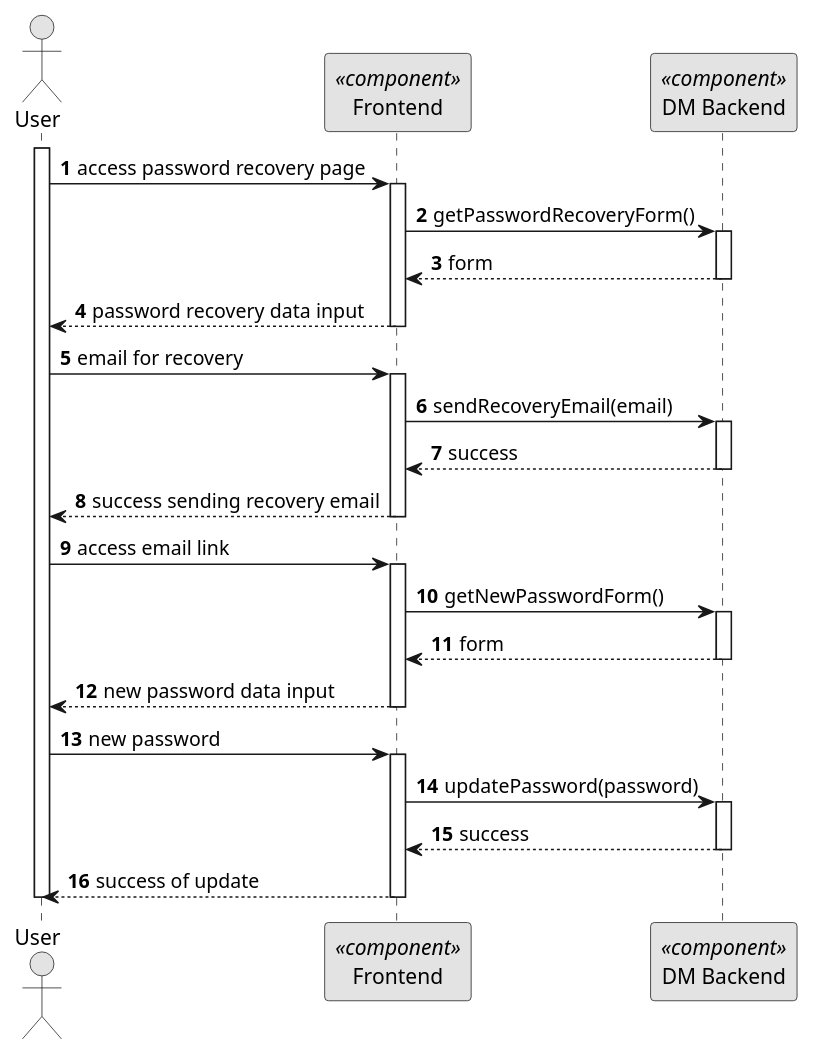
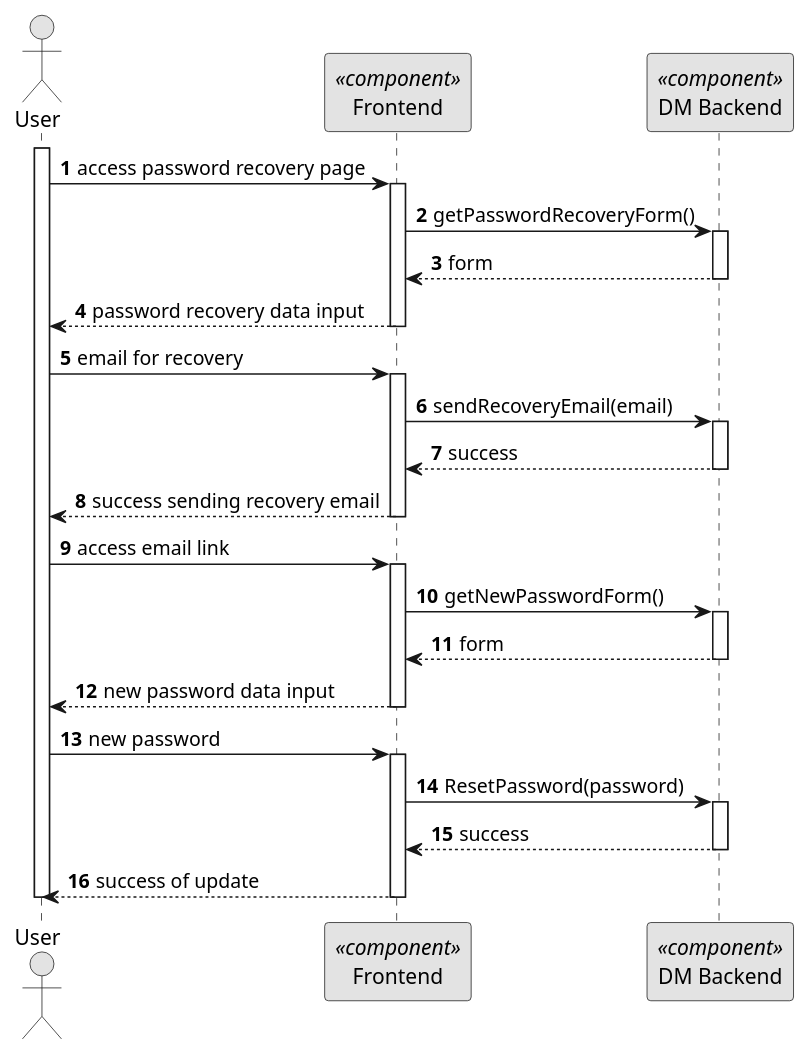
Before and after one commit to Ana-Miguel-Silva/SurgicalAppointmentAndResourceManagement: the diagram in docs/BackofficeModule/5.1.2/level_two.puml, drawn with PlantUML. The commit also changed 13 other files, not shown here.

```diff
--- a/docs/BackofficeModule/5.1.2/level_two.puml
+++ b/docs/BackofficeModule/5.1.2/level_two.puml
@@ -1,50 +1,50 @@
 @startuml 5.1.1
 skinparam monochrome true
 skinparam packageStyle rectangle
 skinparam shadowing false
 
 autonumber
 
 actor "User" as AD
 participant "Frontend" as FE <<component>>
 participant "DM Backend" as BE <<component>>
 
 
 
 activate AD
 AD -> FE: access password recovery page
 activate FE
 FE -> BE: getPasswordRecoveryForm()
 activate BE
 BE --> FE: form
 deactivate BE
 FE --> AD : password recovery data input
 deactivate FE
 AD -> FE : email for recovery
 activate FE
 FE -> BE : sendRecoveryEmail(email)
 activate BE
 BE --> FE: success
 deactivate BE
 FE --> AD : success sending recovery email
 deactivate FE
 AD -> FE: access email link
 activate FE
 FE -> BE: getNewPasswordForm()
 activate BE
 BE --> FE: form
 deactivate BE
 FE --> AD : new password data input
 deactivate FE
 AD -> FE : new password
 activate FE
-FE -> BE : updatePassword(password)
+FE -> BE : ResetPassword(password)
 activate BE
 BE --> FE: success
 deactivate BE
 FE --> AD : success of update
 deactivate FE
 deactivate AD
 
 
 @enduml
```
